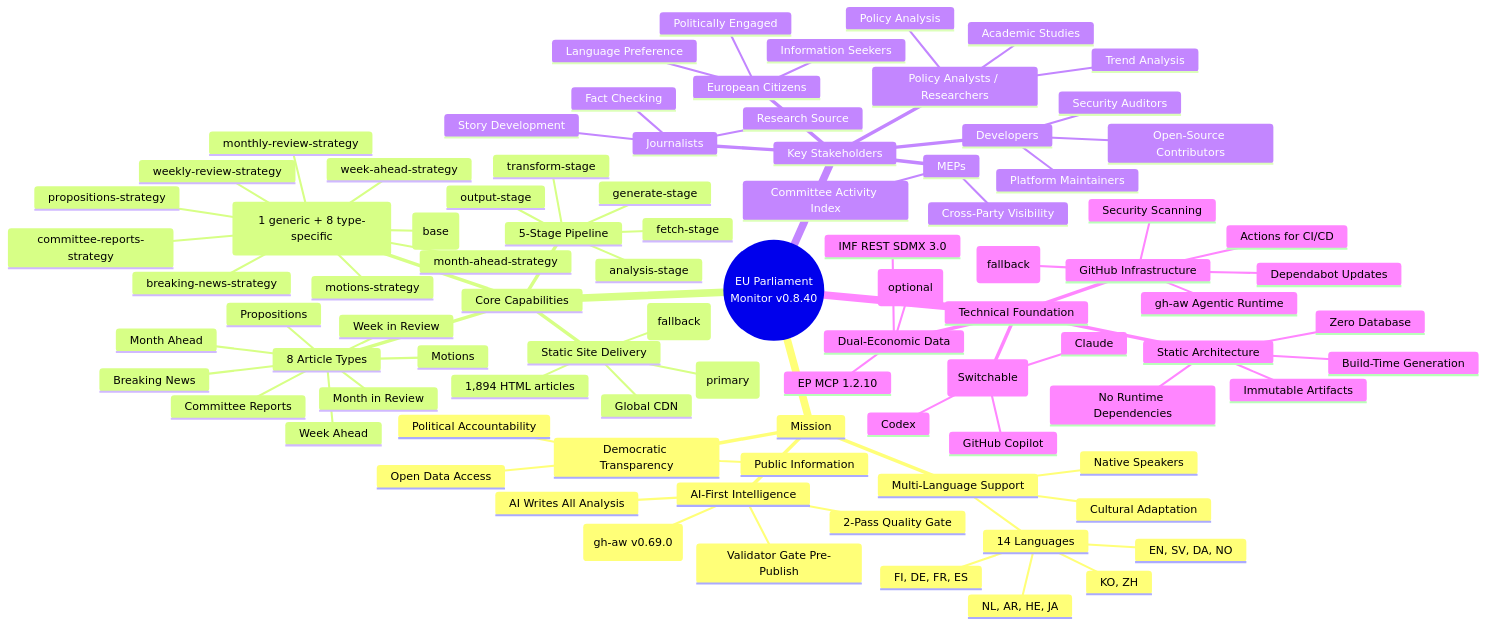
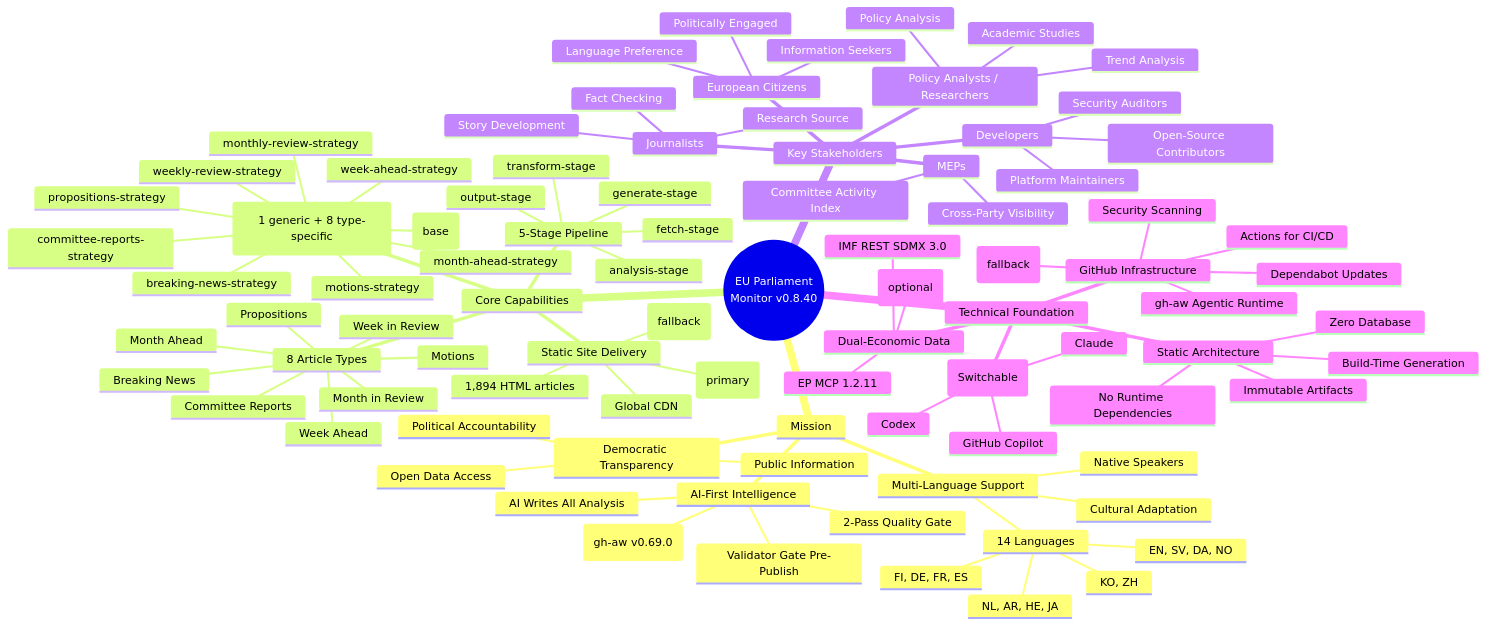
Before and after one commit to Hack23/euparliamentmonitor: the first of 12 diagrams in MINDMAP.md, drawn with Mermaid. The commit also changed other lines of this file and 50 other files, not shown here.

```diff
--- a/MINDMAP.md
+++ b/MINDMAP.md
@@ -198,7 +198,7 @@
         Security Scanning
         Dependabot Updates
       Dual-Economic Data
-        EP MCP 1.2.10
+        EP MCP 1.2.11
         World Bank MCP 1.0.1 (optional)
         IMF REST SDMX 3.0
       AI Engines (Switchable)
```
